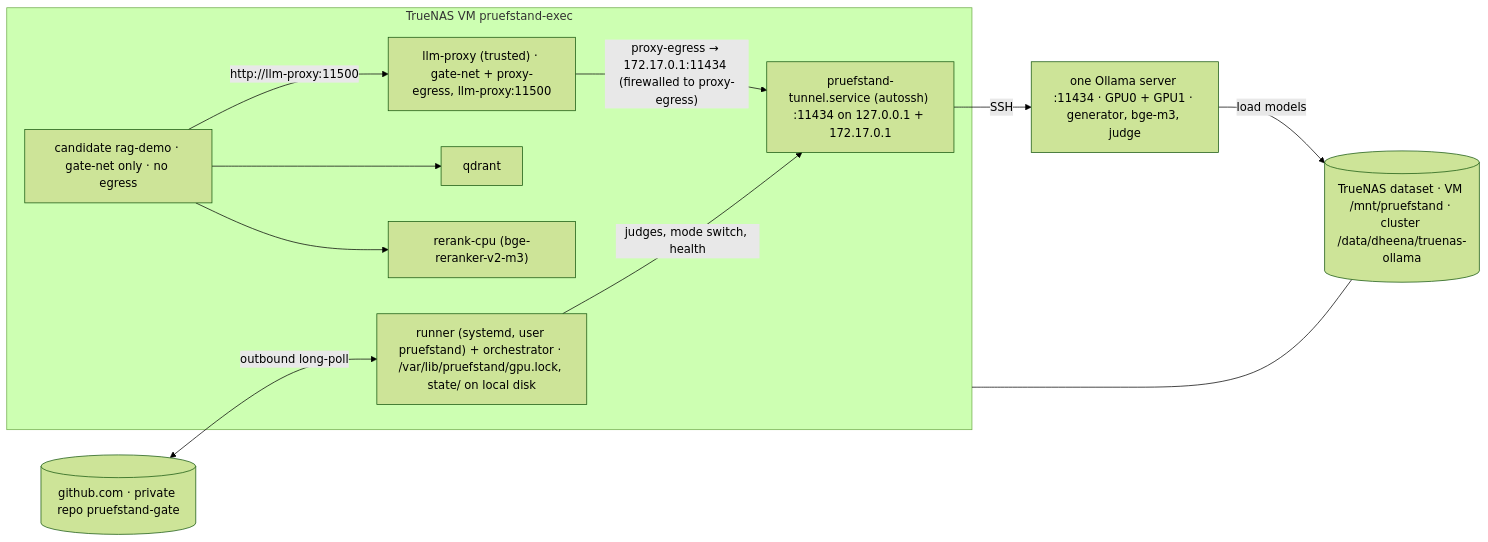
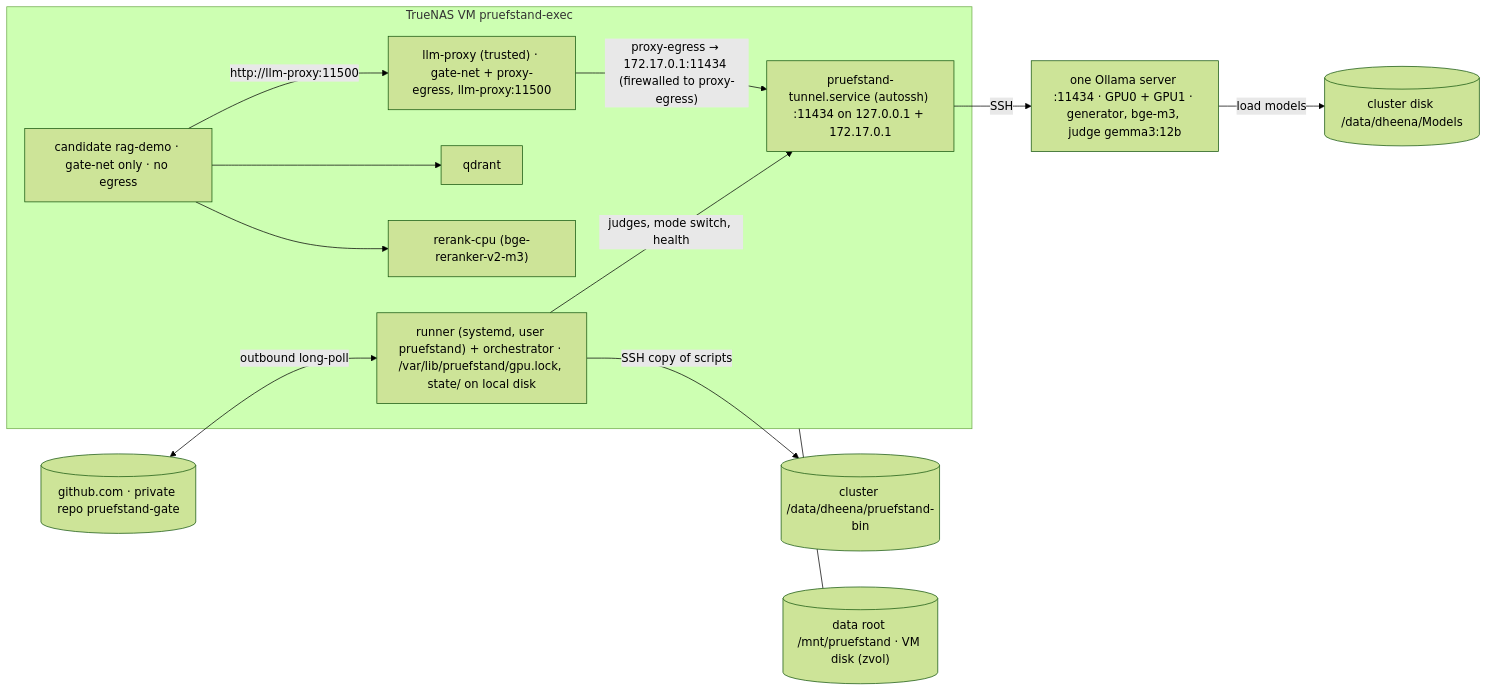
The diagram in docs/engineering/gpu-cluster.md (dheena18/pruefstand), drawn with Mermaid (forest theme) before and after one commit. The commit also changed other lines of this file and 65 other files, not shown here.

First line of the commit message:
docs: keep models on the cluster disk, one judge, data root on VM disk (ADR-0019)

````diff
--- a/docs/engineering/gpu-cluster.md
+++ b/docs/engineering/gpu-cluster.md
@@ -85,19 +87,20 @@
 ```mermaid
 flowchart LR
   GH[("github.com · private repo pruefstand-gate")] <-->|"outbound long-poll"| RUN
   subgraph VM["TrueNAS VM pruefstand-exec"]
     RUN["runner (systemd, user pruefstand) + orchestrator · /var/lib/pruefstand/gpu.lock, state/ on local disk"]
     PROXY["llm-proxy (trusted) · gate-net + proxy-egress, llm-proxy:11500"]
     CAND["candidate rag-demo · gate-net only · no egress"]
     Q["qdrant"] & RR["rerank-cpu (bge-reranker-v2-m3)"]
     TUN["pruefstand-tunnel.service (autossh) :11434 on 127.0.0.1 + 172.17.0.1"]
   end
   CAND -->|"http://llm-proxy:11500"| PROXY
   CAND --> Q & RR
   PROXY -->|"proxy-egress → 172.17.0.1:11434 (firewalled to proxy-egress)"| TUN
   RUN -->|"judges, mode switch, health"| TUN
-  TUN -->|"SSH"| OL["one Ollama server :11434 · GPU0 + GPU1 · generator, bge-m3, judge"]
-  NAS[("TrueNAS dataset · VM /mnt/pruefstand · cluster /data/dheena/truenas-ollama")]
-  VM --- NAS
-  OL -->|"load models"| NAS
+  TUN -->|"SSH"| OL["one Ollama server :11434 · GPU0 + GPU1 · generator, bge-m3, judge gemma3:12b"]
+  DR[("data root /mnt/pruefstand · VM disk (zvol)")]
+  VM --- DR
+  OL -->|"load models"| MD[("cluster disk /data/dheena/Models")]
+  RUN -->|"SSH copy of scripts"| BIN[("cluster /data/dheena/pruefstand-bin")]
 ```
````
